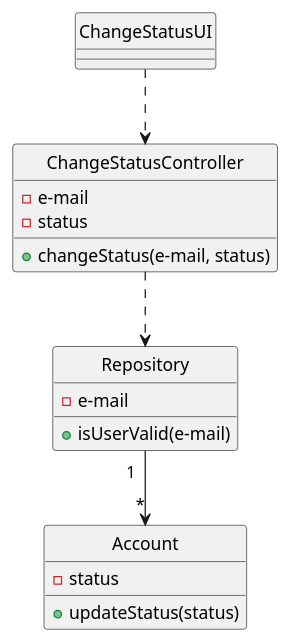
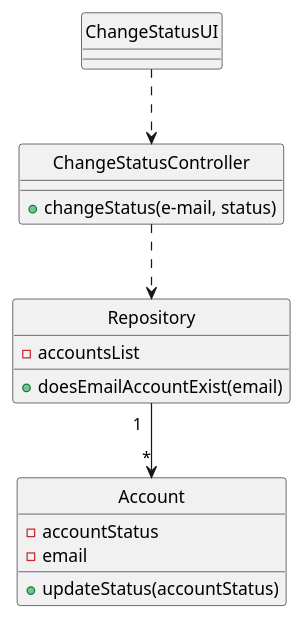
Before and after one commit to Loracline/project_switch_22-23: the diagram in docs/modelling_design/user_stories/us006/US006_Class_Diagram.puml, drawn with PlantUML. The commit also changed 7 other files, not shown here.

Commit message:
[US005 / US006] | Refinement of Account and Repository classes | Creation of updateAccountStatus method & doesEmailAccountExist method | Getter and Setter methods needed | Tests (not finished) | Update of Class Diagram and Sequence Diagram

```diff
--- a/docs/modelling_design/user_stories/us006/US006_Class_Diagram.puml
+++ b/docs/modelling_design/user_stories/us006/US006_Class_Diagram.puml
@@ -1,32 +1,31 @@
 @startuml
 
 class "ChangeStatusUI"
 class "ChangeStatusController"
 class "Repository"
 class "Account"
 
 "ChangeStatusUI" ..> "ChangeStatusController"
 "ChangeStatusController"  ..> "Repository"
 "Repository" "1  " -->"*" "Account"
 
 class "ChangeStatusController"{
-- e-mail
-- status
 +changeStatus(e-mail, status)
 }
 class "Repository"{
--e-mail
-+isUserValid(e-mail)
+-accountsList
++doesEmailAccountExist(email)
 }
 
 class Account{
-- status
-+ updateStatus(status)
+- accountStatus
+-email
++ updateStatus(accountStatus)
 }
 
 hide "ChangeStatusUI" circle
 hide "ChangeStatusController" circle
 hide "Repository" circle
 hide "Account" circle
 
 @enduml
```
